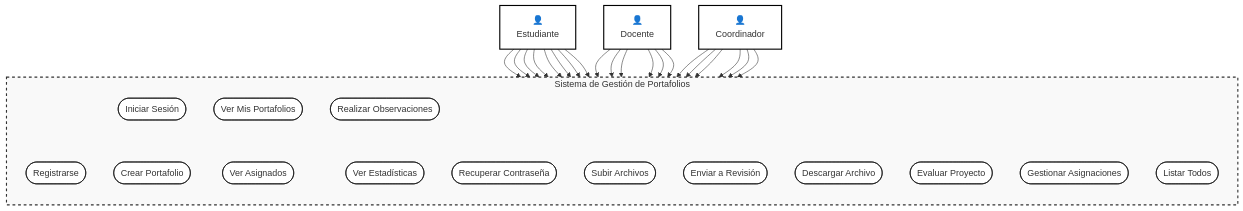
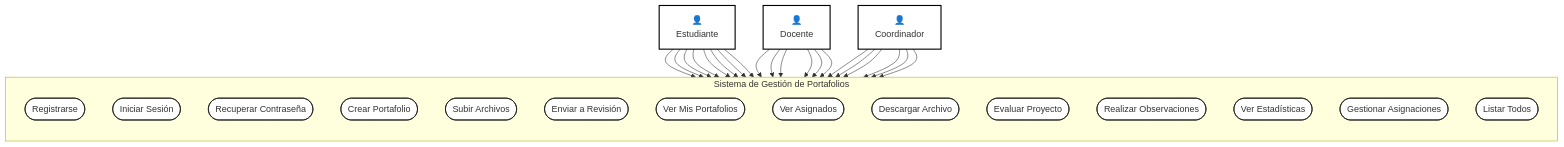
Before and after one commit to GRAN-J/Sistema-de-Gestion-de-Portafolios-Academicos-SGP-: the first of 6 diagrams in docs/DIAGRAMAS_DEL_SISTEMA.md, drawn with Mermaid. The commit also changed other lines of this file and 2 other files, not shown here.

Commit message:
Traducción de comentarios a español y ajustes de diagramas

````diff
--- a/docs/DIAGRAMAS_DEL_SISTEMA.md
+++ b/docs/DIAGRAMAS_DEL_SISTEMA.md
@@ -12,74 +10,62 @@
 ```mermaid
 graph TD
     %% Estilos Globales
     classDef actor fill:#ffffff,stroke:#000000,stroke-width:2px;
     classDef usecase fill:#ffffff,stroke:#000000,stroke-width:1px,rx:20,ry:20;
 
-    %% Actores (Fuera del límite del sistema)
+    %% Actores
     Estudiante["👤<br/>Estudiante"]:::actor
     Docente["👤<br/>Docente"]:::actor
     Coordinador["👤<br/>Coordinador"]:::actor
 
     %% Límite del Sistema
     subgraph Sistema ["Sistema de Gestión de Portafolios"]
         direction TB
         
         %% Grupo Acceso
         UC1([Registrarse]):::usecase
         UC2([Iniciar Sesión]):::usecase
         UC3([Recuperar Contraseña]):::usecase
         
-        %% Enlace invisible para orden vertical
-        UC2 ~~~ UC4
-
         %% Grupo Estudiante
         UC4([Crear Portafolio]):::usecase
         UC5([Subir Archivos]):::usecase
         UC6([Enviar a Revisión]):::usecase
         UC7([Ver Mis Portafolios]):::usecase
         
-        %% Enlace invisible
-        UC7 ~~~ UC8
-
         %% Grupo Docente
         UC8([Ver Asignados]):::usecase
         UC9([Descargar Archivo]):::usecase
         UC10([Evaluar Proyecto]):::usecase
         UC11([Realizar Observaciones]):::usecase
         
-        %% Enlace invisible
-        UC11 ~~~ UC12
-
         %% Grupo Coordinador
         UC12([Ver Estadísticas]):::usecase
         UC13([Gestionar Asignaciones]):::usecase
         UC14([Listar Todos]):::usecase
     end
     
-    %% Estilo del límite del sistema
-    style Sistema fill:#f9f9f9,stroke:#333,stroke-width:2px,stroke-dasharray: 5 5
-
-    %% Relaciones (Cruzando el límite)
+    %% Relaciones
     Estudiante --> UC1
     Estudiante --> UC2
     Estudiante --> UC3
     Estudiante --> UC4
     Estudiante --> UC5
     Estudiante --> UC6
     Estudiante --> UC7
     Estudiante --> UC9
 
     Docente --> UC2
     Docente --> UC3
     Docente --> UC8
     Docente --> UC9
     Docente --> UC10
     Docente --> UC11
 
     Coordinador --> UC2
     Coordinador --> UC3
     Coordinador --> UC9
     Coordinador --> UC12
     Coordinador --> UC13
     Coordinador --> UC14
 ```
````
